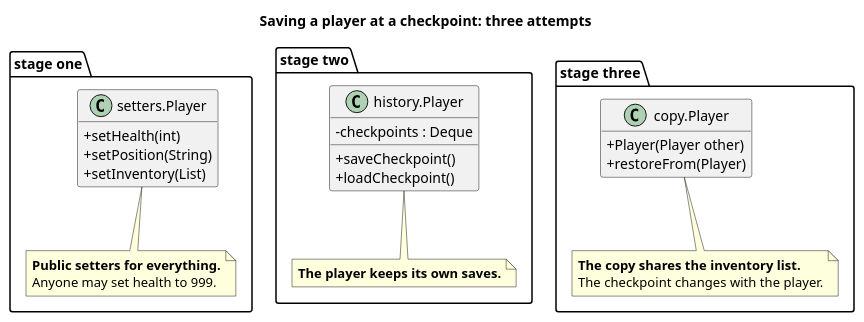
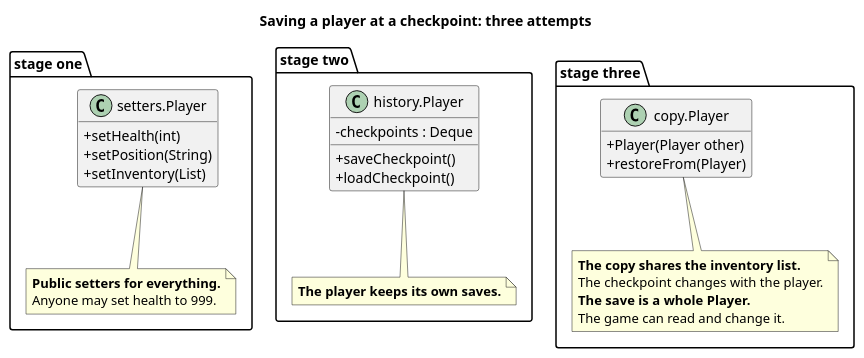
Before and after one commit to kaldiroglu/DesignPatternsWithJava: the diagram in src/main/java/dev/kaldiroglu/dp/behavioral/memento/game/uml/Memento - Game (Problem) - Class Diagram.puml, drawn with PlantUML. The commit also changed 7 other files, not shown here.

First line of the commit message:
Memento stage three: the save is a whole Player, so the game can read it

```diff
--- a/src/main/java/dev/kaldiroglu/dp/behavioral/memento/game/uml/Memento - Game (Problem) - Class Diagram.puml
+++ b/src/main/java/dev/kaldiroglu/dp/behavioral/memento/game/uml/Memento - Game (Problem) - Class Diagram.puml
@@ -1,38 +1,40 @@
 @startuml "Memento - Game (Problem) - Class Diagram"
 skinparam classAttributeIconSize 0
 hide empty members
 title Saving a player at a checkpoint: three attempts
 package "stage one" {
   class "setters.Player" as P1 {
     + setHealth(int)
     + setPosition(String)
     + setInventory(List)
   }
   note bottom of P1
     <b>Public setters for everything.</b>
     Anyone may set health to 999.
   end note
 }
 package "stage two" {
   class "history.Player" as P2 {
     - checkpoints : Deque
     + saveCheckpoint()
     + loadCheckpoint()
   }
   note bottom of P2
     <b>The player keeps its own saves.</b>
   end note
 }
 package "stage three" {
   class "copy.Player" as P3 {
     + Player(Player other)
     + restoreFrom(Player)
   }
   note bottom of P3
     <b>The copy shares the inventory list.</b>
     The checkpoint changes with the player.
+    <b>The save is a whole Player.</b>
+    The game can read and change it.
   end note
 }
 P1 -[hidden]right- P2
 P2 -[hidden]right- P3
 @enduml
```
